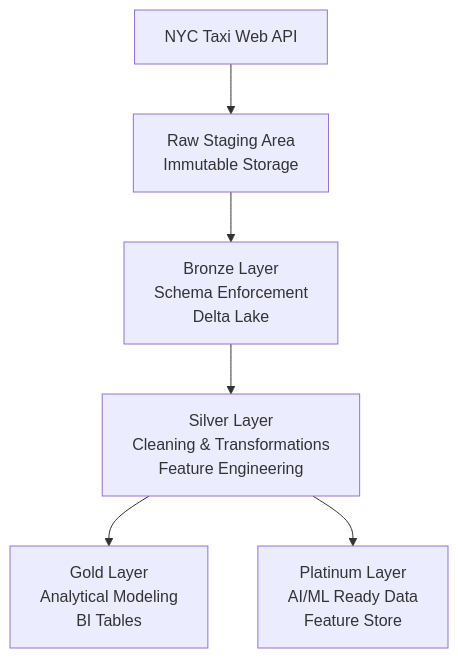
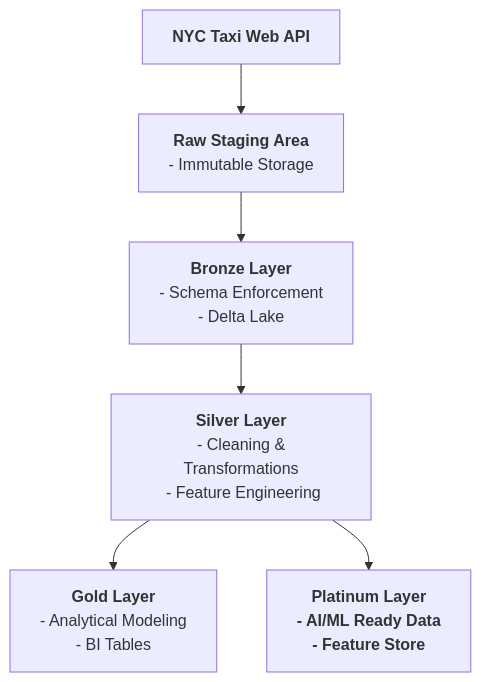
Before and after one commit to gauthamt1008/extended-medallion-architecture: the diagram in README.md, drawn with Mermaid.

Commit message:
Enhance architecture diagram

````diff
--- a/README.md
+++ b/README.md
@@ -8,13 +8,13 @@
 ```mermaid
 flowchart TD
 
-    A[NYC Taxi Web API] --> B[Raw Staging Area<br/>Immutable Storage]
+    A[<b>NYC Taxi Web API</b>] --> B[<b>Raw Staging Area</b><br/> - Immutable Storage]
     
-    B --> C[Bronze Layer<br/>Schema Enforcement<br/>Delta Lake]
+    B --> C[<b>Bronze Layer</b><br/> - Schema Enforcement<br/> - Delta Lake]
     
-    C --> D[Silver Layer<br/>Cleaning & Transformations<br/>Feature Engineering]
+    C --> D[<b>Silver Layer</b><br/> - Cleaning & Transformations<br/> - Feature Engineering]
     
-    D --> E[Gold Layer<br/>Analytical Modeling<br/>BI Tables]
+    D --> E[<b>Gold Layer</b><br/> - Analytical Modeling<br/> - BI Tables]
     
-    D --> F[Platinum Layer<br/>AI/ML Ready Data<br/>Feature Store]
+    D --> F[<b>Platinum Layer<b><br/> - AI/ML Ready Data<br/> - Feature Store]
 ```
````
